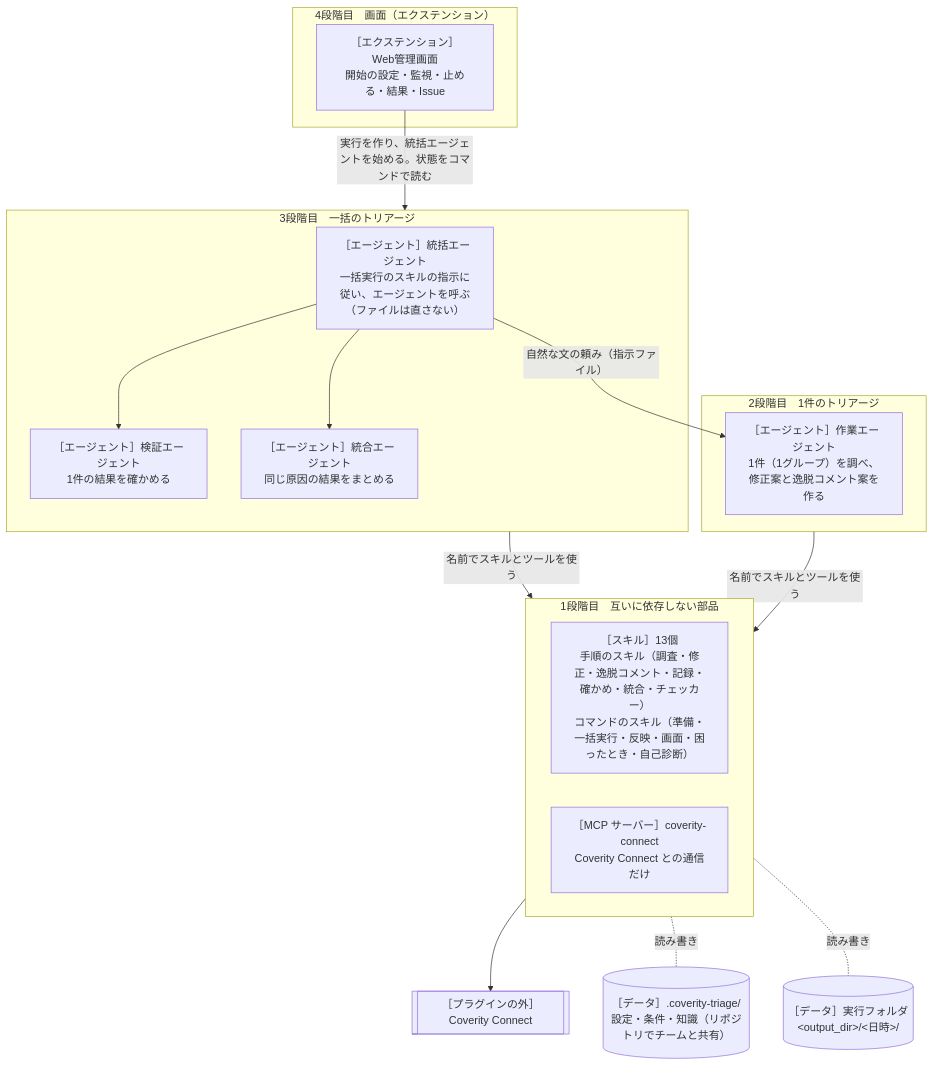
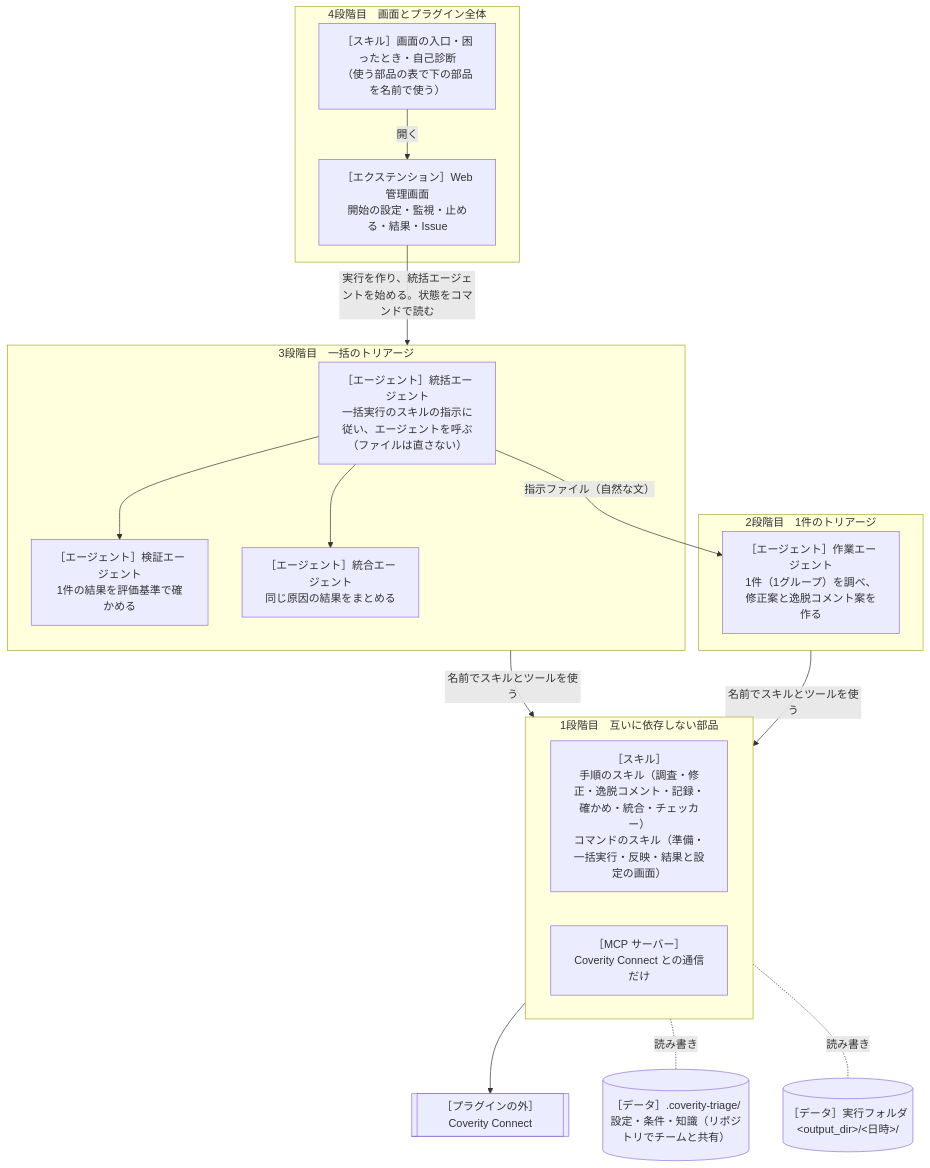
Before and after one commit to xclang-brain/plugin-market-place: the diagram in plugins/coverity-triage-kit/docs/design/design.md, drawn with Mermaid. The commit also changed other lines of this file and 8 other files, not shown here.

````diff
--- a/plugins/coverity-triage-kit/docs/design/design.md
+++ b/plugins/coverity-triage-kit/docs/design/design.md
@@ -29,32 +30,34 @@
 ```mermaid
 flowchart TB
-    subgraph L4["4段階目　画面（エクステンション）"]
-        EXT["［エクステンション］<br/>Web管理画面<br/>開始の設定・監視・止める・結果・Issue"]
+    subgraph L4["4段階目　画面とプラグイン全体"]
+        EXT["［エクステンション］Web管理画面<br/>開始の設定・監視・止める・結果・Issue"]
+        ENT["［スキル］画面の入口・困ったとき・自己診断<br/>（使う部品の表で下の部品を名前で使う）"]
     end
     subgraph L3["3段階目　一括のトリアージ"]
         ORC["［エージェント］統括エージェント<br/>一括実行のスキルの指示に従い、エージェントを呼ぶ<br/>（ファイルは直さない）"]
-        REV["［エージェント］検証エージェント<br/>1件の結果を確かめる"]
+        REV["［エージェント］検証エージェント<br/>1件の結果を評価基準で確かめる"]
         INT["［エージェント］統合エージェント<br/>同じ原因の結果をまとめる"]
     end
     subgraph L2["2段階目　1件のトリアージ"]
         WRK["［エージェント］作業エージェント<br/>1件（1グループ）を調べ、修正案と逸脱コメント案を作る"]
     end
     subgraph L1["1段階目　互いに依存しない部品"]
         direction LR
-        SK["［スキル］13個<br/>手順のスキル（調査・修正・逸脱コメント・記録・確かめ・統合・チェッカー）<br/>コマンドのスキル（準備・一括実行・反映・画面・困ったとき・自己診断）"]
-        MCP["［MCP サーバー］coverity-connect<br/>Coverity Connect との通信だけ"]
+        SK["［スキル］<br/>手順のスキル（調査・修正・逸脱コメント・記録・確かめ・統合・チェッカー）<br/>コマンドのスキル（準備・一括実行・反映・結果と設定の画面）"]
+        MCP["［MCP サーバー］<br/>Coverity Connect との通信だけ"]
     end
     SET[("［データ］.coverity-triage/<br/>設定・条件・知識（リポジトリでチームと共有）")]
     RUN[("［データ］実行フォルダ<br/>&lt;output_dir&gt;/&lt;日時&gt;/")]
     COV[["［プラグインの外］Coverity Connect"]]
 
+    ENT -- "開く" --> EXT
     EXT -- "実行を作り、統括エージェントを始める。状態をコマンドで読む" --> L3
-    ORC -- "自然な文の頼み（指示ファイル）" --> WRK
+    ORC -- "指示ファイル（自然な文）" --> WRK
     ORC --> REV
     ORC --> INT
     L3 -- "名前でスキルとツールを使う" --> L1
     L2 -- "名前でスキルとツールを使う" --> L1
     MCP --> COV
     SK -. "読み書き" .- SET
     SK -. "読み書き" .- RUN
 ```
````
